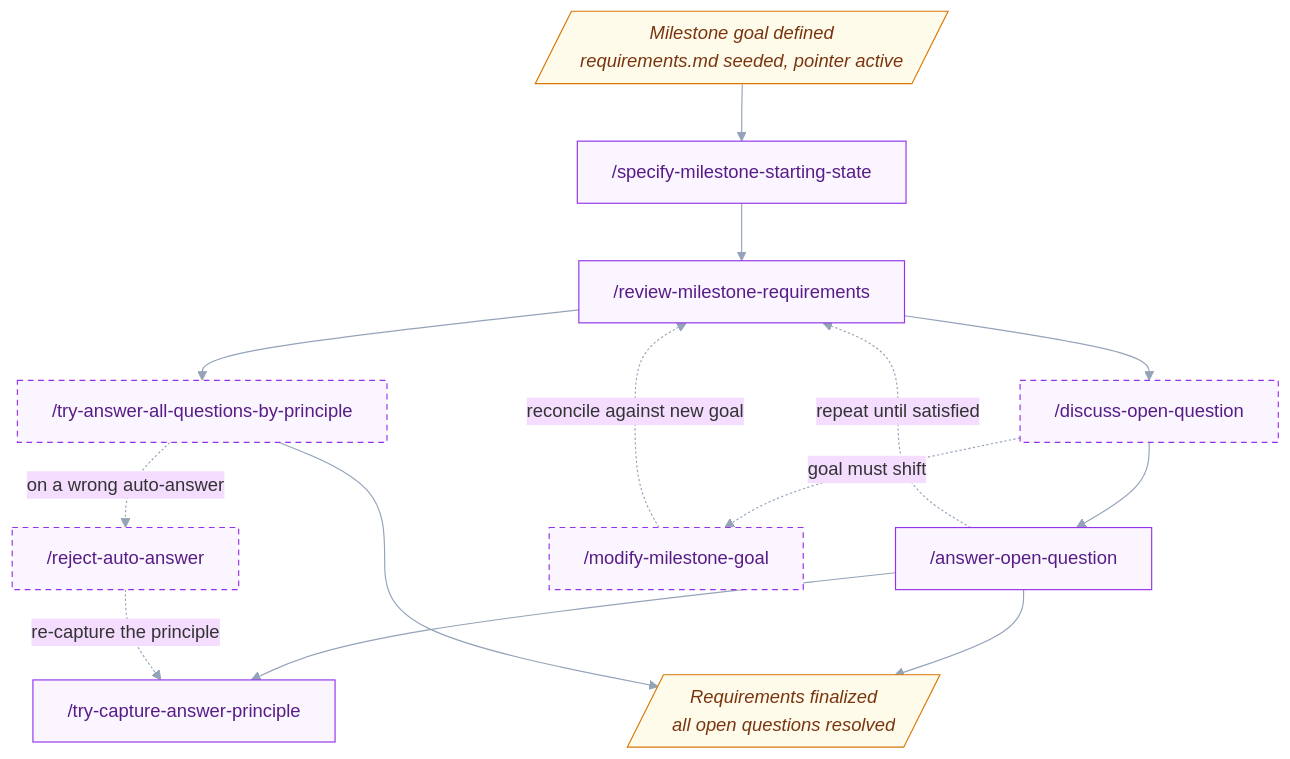
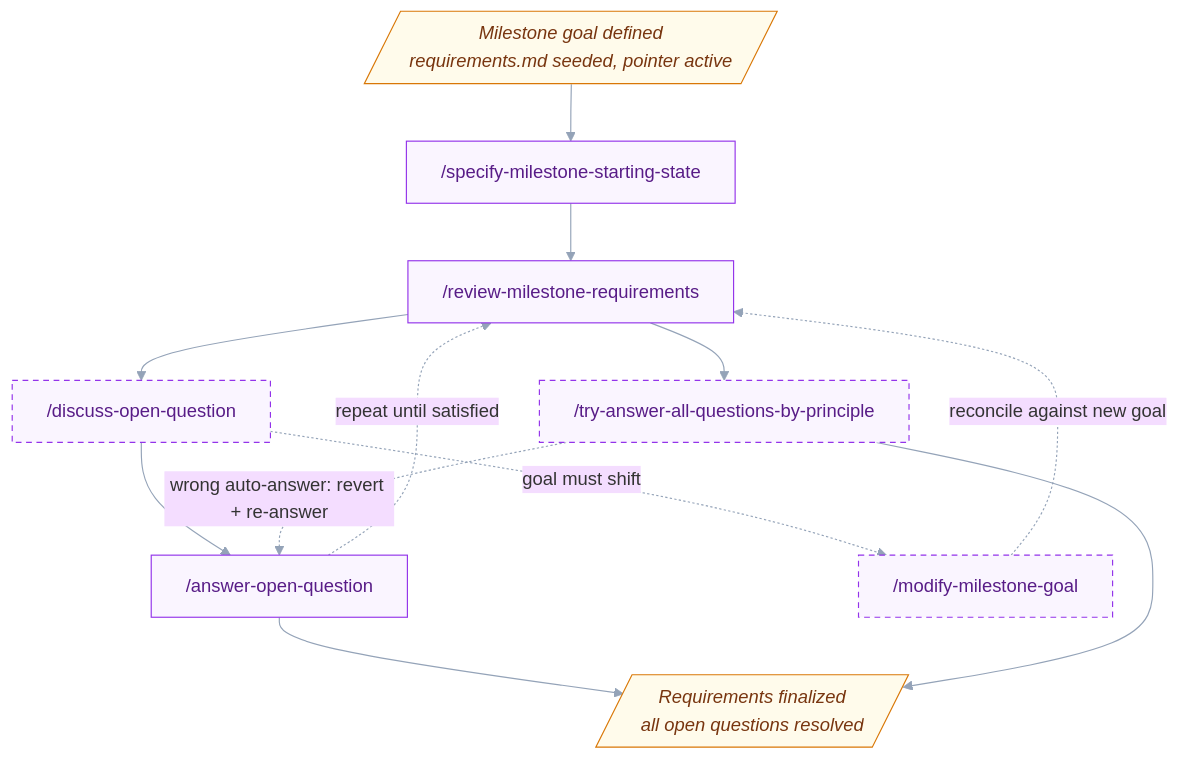
One commit to uHappyLogic/cairn changed the third of 6 diagrams in README.md. Above: the diagram before and after it, drawn with Mermaid. The commit also changed other lines of this file and 3 other files, not shown here.

````diff
--- a/README.md
+++ b/README.md
@@ -106,33 +106,29 @@
 ```mermaid
 %%{init: {'theme':'base','themeVariables':{'fontFamily':'ui-sans-serif, system-ui','lineColor':'#94a3b8','primaryBorderColor':'#475569'},'flowchart':{'wrappingWidth':9999,'curve':'basis'}}}%%
 flowchart TD
     D1[/"Milestone goal defined<br/>requirements.md seeded, pointer active"/]
     ITM0["/specify-milestone-starting-state"]
     ITM1["/review-milestone-requirements"]
     ITM3["/discuss-open-question"]
     ITM4["/answer-open-question"]
-    ITM5["/try-capture-answer-principle"]
     ITM2["/try-answer-all-questions-by-principle"]
-    ITM6["/reject-auto-answer"]
     ITM7["/modify-milestone-goal"]
     D2[/"Requirements finalized<br/>all open questions resolved"/]
 
     D1 --> ITM0 --> ITM1
     ITM1 --> ITM3 --> ITM4
     ITM3 -.->|goal must shift| ITM7
     ITM7 -.->|reconcile against new goal| ITM1
-    ITM4 --> ITM5
     ITM4 -.->|repeat until satisfied| ITM1
     ITM4 --> D2
     ITM1 --> ITM2
-    ITM2 -.->|on a wrong auto-answer| ITM6
-    ITM6 -.->|re-capture the principle| ITM5
+    ITM2 -.->|wrong auto-answer: revert + re-answer| ITM4
     ITM2 --> D2
 
     classDef req fill:#faf5ff,stroke:#9333ea,color:#581c87;
     classDef optional stroke-dasharray:5 4;
     classDef state fill:#fffbeb,stroke:#d97706,color:#78350f,font-style:italic;
-    class ITM0,ITM1,ITM2,ITM3,ITM4,ITM5,ITM6,ITM7 req;
-    class ITM2,ITM3,ITM6,ITM7 optional;
+    class ITM0,ITM1,ITM2,ITM3,ITM4,ITM7 req;
+    class ITM2,ITM3,ITM7 optional;
     class D1,D2 state;
 ```
````
